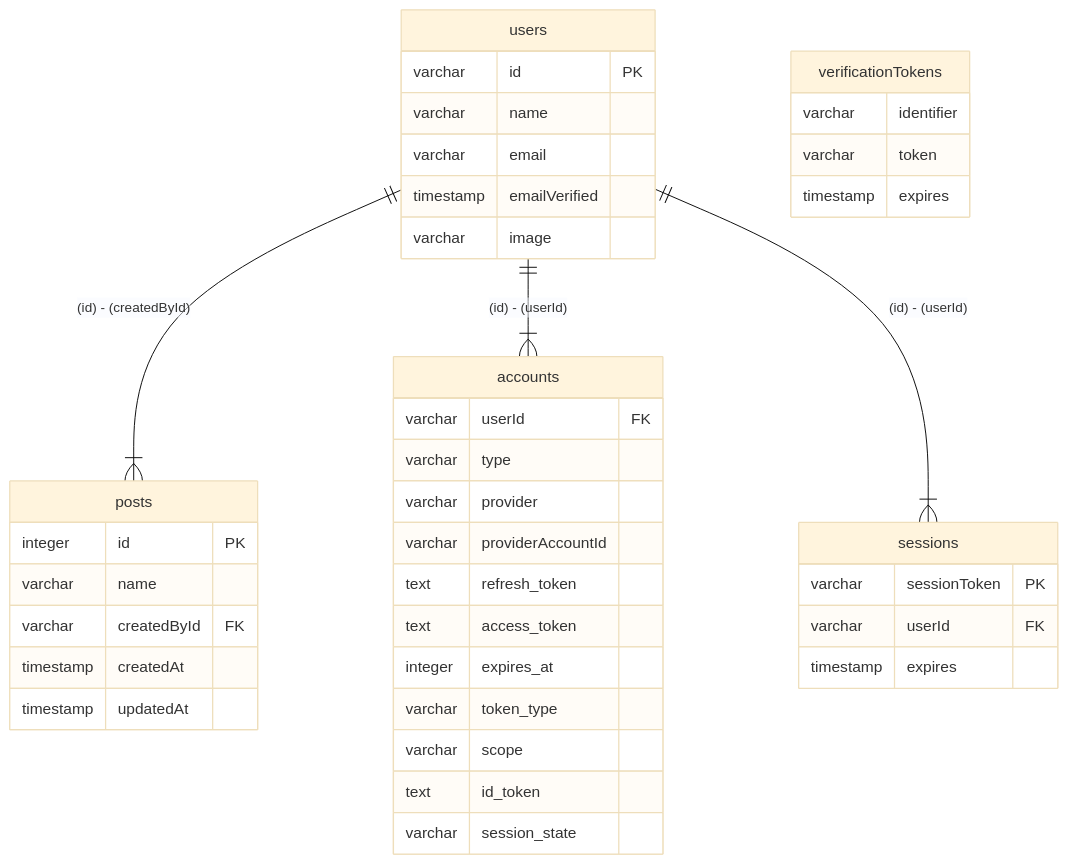
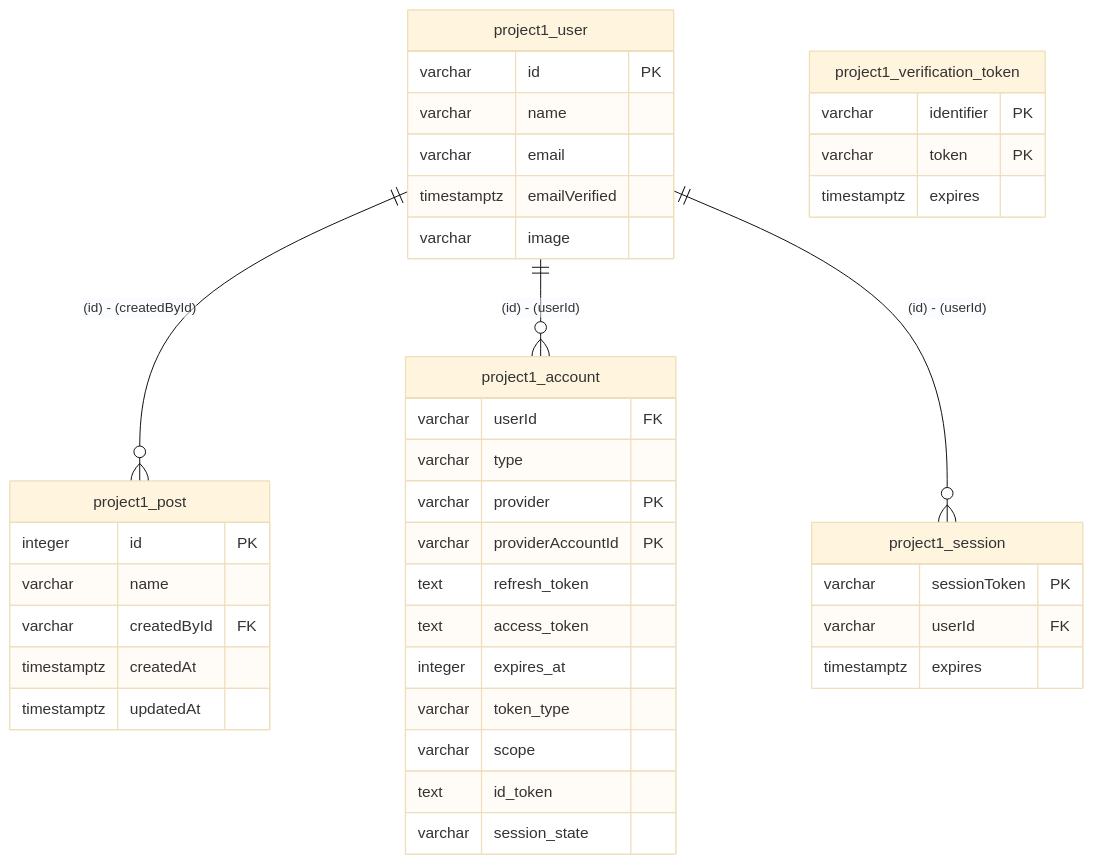
The diagram in apps/create-t3-app/docs/er.md (nakita628/drizzler-examples), drawn with Mermaid (base theme) before and after one commit. The commit also changed 74 other files, not shown here.

````diff
--- a/apps/create-t3-app/docs/er.md
+++ b/apps/create-t3-app/docs/er.md
@@ -1,43 +1,43 @@
 ```mermaid
 erDiagram
-    users ||--|{ posts : "(id) - (createdById)"
-    users ||--|{ accounts : "(id) - (userId)"
-    users ||--|{ sessions : "(id) - (userId)"
-    posts {
+    project1_user ||--o{ project1_post : "(id) - (createdById)"
+    project1_user ||--o{ project1_account : "(id) - (userId)"
+    project1_user ||--o{ project1_session : "(id) - (userId)"
+    project1_post {
         integer id PK
         varchar name
         varchar createdById FK
-        timestamp createdAt
-        timestamp updatedAt
+        timestamptz createdAt
+        timestamptz updatedAt
     }
-    users {
+    project1_user {
         varchar id PK
         varchar name
         varchar email
-        timestamp emailVerified
+        timestamptz emailVerified
         varchar image
     }
-    accounts {
+    project1_account {
         varchar userId FK
         varchar type
-        varchar provider
-        varchar providerAccountId
+        varchar provider PK
+        varchar providerAccountId PK
         text refresh_token
         text access_token
         integer expires_at
         varchar token_type
         varchar scope
         text id_token
         varchar session_state
     }
-    sessions {
+    project1_session {
         varchar sessionToken PK
         varchar userId FK
-        timestamp expires
+        timestamptz expires
     }
-    verificationTokens {
-        varchar identifier
-        varchar token
-        timestamp expires
+    project1_verification_token {
+        varchar identifier PK
+        varchar token PK
+        timestamptz expires
     }
 ```
````
